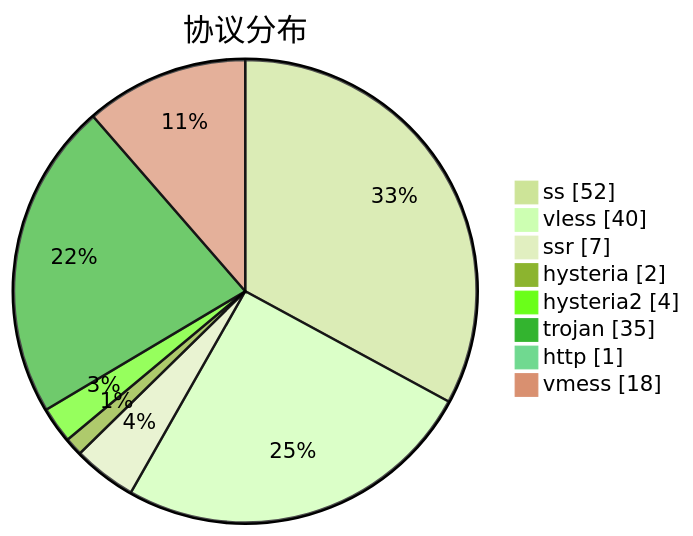
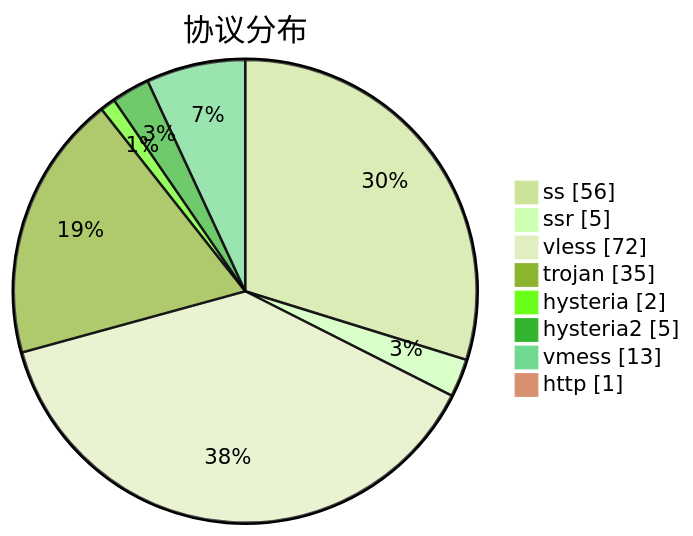
One commit to sinspired/airport changed the third of 3 diagrams in subs/statistics/tested_within.md. Above: the diagram before and after it, drawn with Mermaid (forest theme). The commit also changed other lines of this file and 2 other files, not shown here.

````diff
--- a/subs/statistics/tested_within.md
+++ b/subs/statistics/tested_within.md
@@ -38,12 +40,12 @@
 ```mermaid
 pie showData
 title 协议分布
-"ss" : 52
-"vless" : 40
-"ssr" : 7
+"ss" : 56
+"ssr" : 5
+"vless" : 72
+"trojan" : 35
 "hysteria" : 2
-"hysteria2" : 4
-"trojan" : 35
+"hysteria2" : 5
+"vmess" : 13
 "http" : 1
-"vmess" : 18
 ```
````
